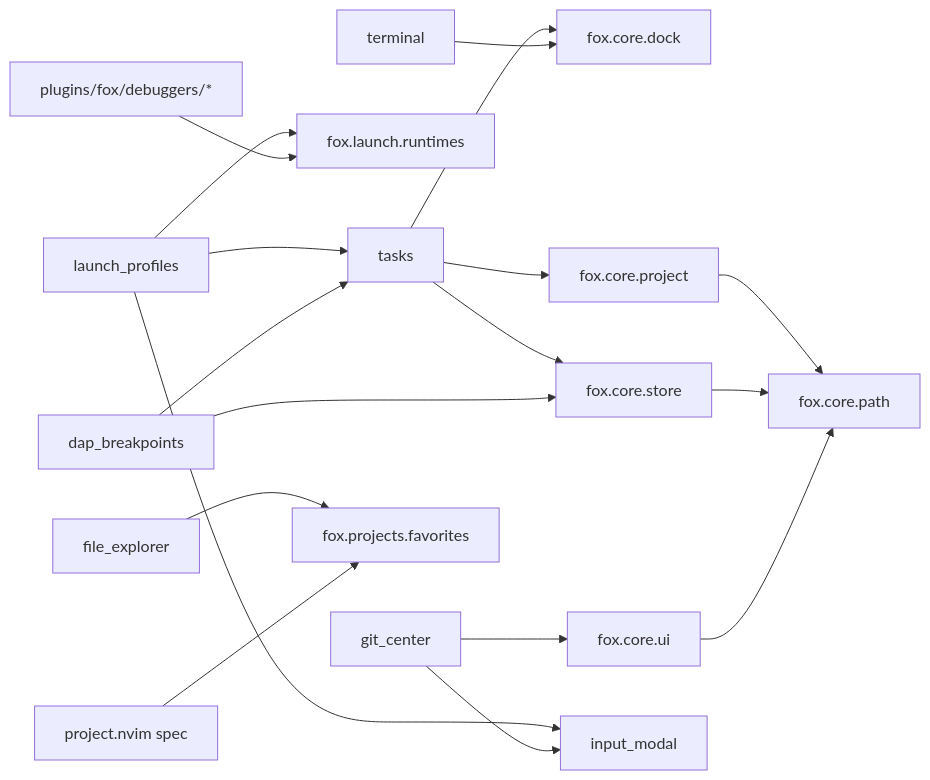
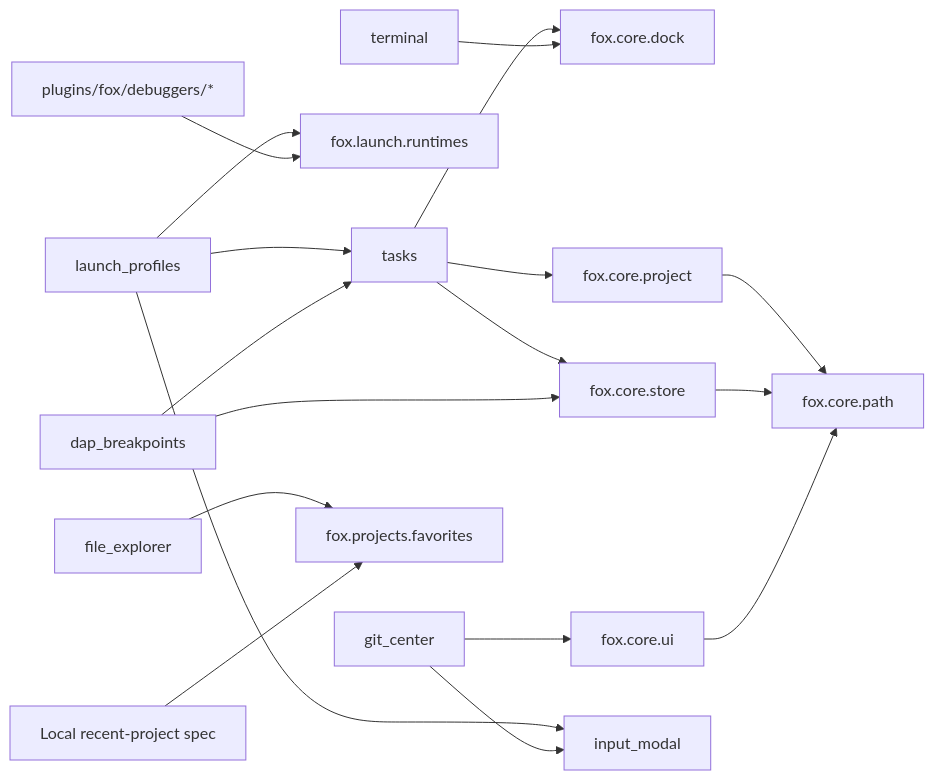
The third of 5 diagrams in docs/architecture.md (KristanLaimon/nvim), drawn with Mermaid before and after one commit. The commit also changed 16 other files, not shown here.

Commit message:
dependency( project.nvim ): Reimplemented

````diff
--- a/docs/architecture.md
+++ b/docs/architecture.md
@@ -204,37 +204,37 @@
 ```mermaid
 graph LR
     TASKS["tasks"]
     LAUNCH["launch_profiles"]
     RUNTIMES["fox.launch.runtimes"]
     DAPBP["dap_breakpoints"]
     GITC["git_center"]
     TERM["terminal"]
     DOCK["fox.core.dock"]
     STORE["fox.core.store"]
     PROJECT["fox.core.project"]
     PATH["fox.core.path"]
     UI["fox.core.ui"]
     MODAL["input_modal"]
     EXPLORER["file_explorer"]
     FAV["fox.projects.favorites"]
-    PROJNVIM["project.nvim spec"]
+    PROJNVIM["Local recent-project spec"]
     DEBUGGERS["plugins/fox/debuggers/*"]
 
     TASKS --> DOCK
     TASKS --> STORE
     TASKS --> PROJECT
     TERM --> DOCK
     LAUNCH --> TASKS
     LAUNCH --> RUNTIMES
     LAUNCH --> MODAL
     DAPBP --> TASKS
     DAPBP --> STORE
     DEBUGGERS --> RUNTIMES
     GITC --> MODAL
     GITC --> UI
     EXPLORER --> FAV
     PROJNVIM --> FAV
     PROJECT --> PATH
     STORE --> PATH
     UI --> PATH
 ```
````
